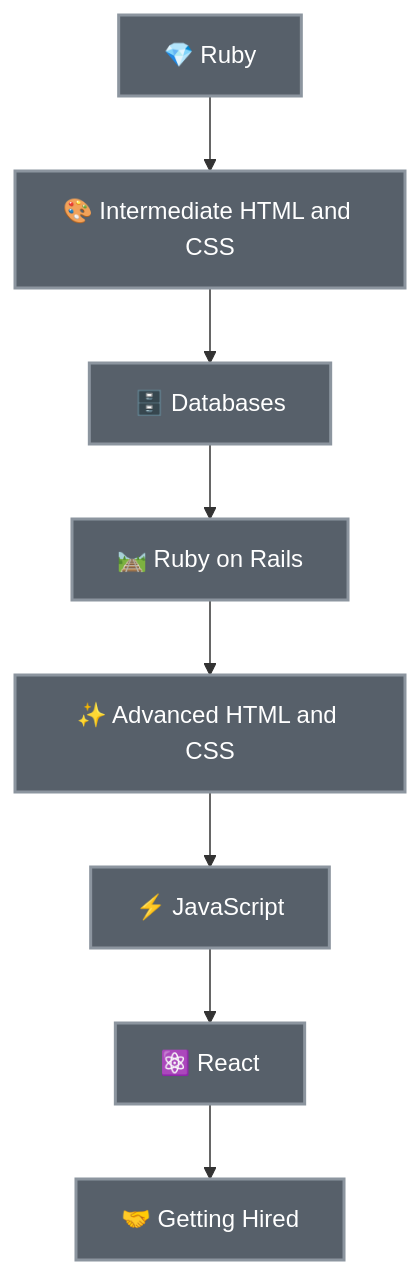
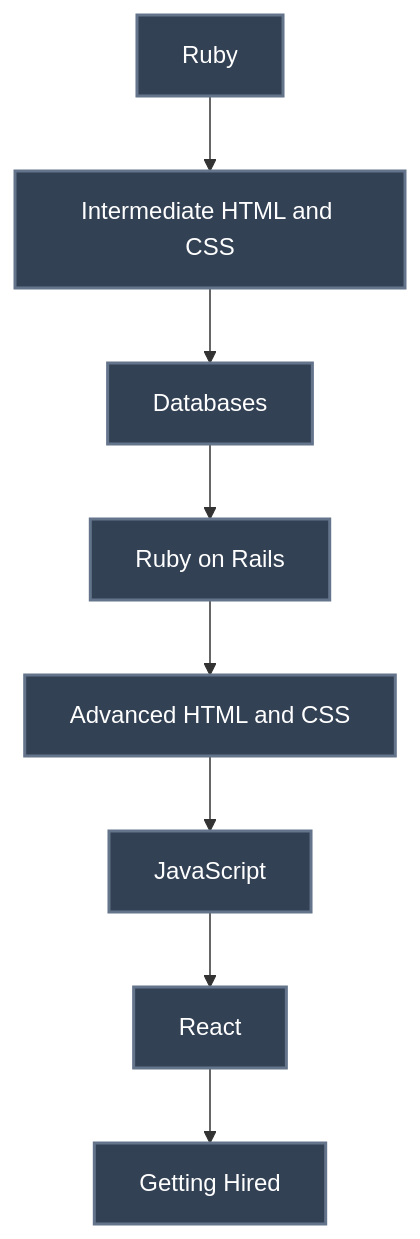
Before and after one commit to zeditya/Odin_RubyOnRails: the diagram in README.md, drawn with Mermaid. The commit also changed other lines of this file and 3 other files, not shown here.

````diff
--- a/README.md
+++ b/README.md
@@ -31,29 +28,29 @@
 ```mermaid
 flowchart TD
-  C01["💎 Ruby"]
-  C02["🎨 Intermediate HTML and CSS"]
-  C03["🗄️ Databases"]
-  C04["🛤️ Ruby on Rails"]
-  C05["✨ Advanced HTML and CSS"]
-  C06["⚡ JavaScript"]
-  C07["⚛️ React"]
-  C08["🤝 Getting Hired"]
+  C01["Ruby"]
+  C02["Intermediate HTML and CSS"]
+  C03["Databases"]
+  C04["Ruby on Rails"]
+  C05["Advanced HTML and CSS"]
+  C06["JavaScript"]
+  C07["React"]
+  C08["Getting Hired"]
   C01 --> C02
   C02 --> C03
   C03 --> C04
   C04 --> C05
   C05 --> C06
   C06 --> C07
   C07 --> C08
-  classDef done fill:#1a7f37,stroke:#2ea043,color:#ffffff,stroke-width:2px
-  classDef current fill:#9e6a03,stroke:#d29922,color:#ffffff,stroke-width:2px
-  classDef todo fill:#57606a,stroke:#8c959f,color:#ffffff,stroke-width:2px
+  classDef done fill:#166534,stroke:#22c55e,color:#ffffff,stroke-width:2px
+  classDef current fill:#6d28d9,stroke:#a78bfa,color:#ffffff,stroke-width:2px
+  classDef todo fill:#334155,stroke:#64748b,color:#ffffff,stroke-width:2px
   class C01 todo
   class C02 todo
   class C03 todo
   class C04 todo
   class C05 todo
   class C06 todo
   class C07 todo
   class C08 todo
 ```
````
